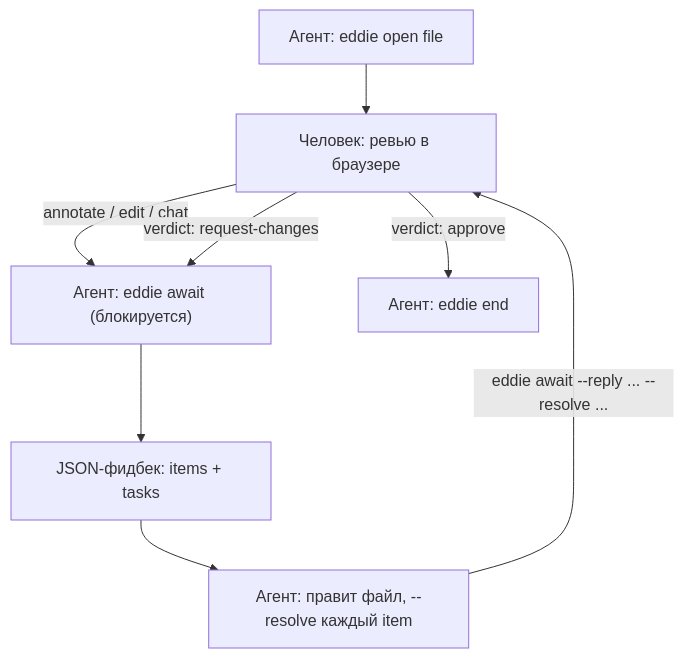
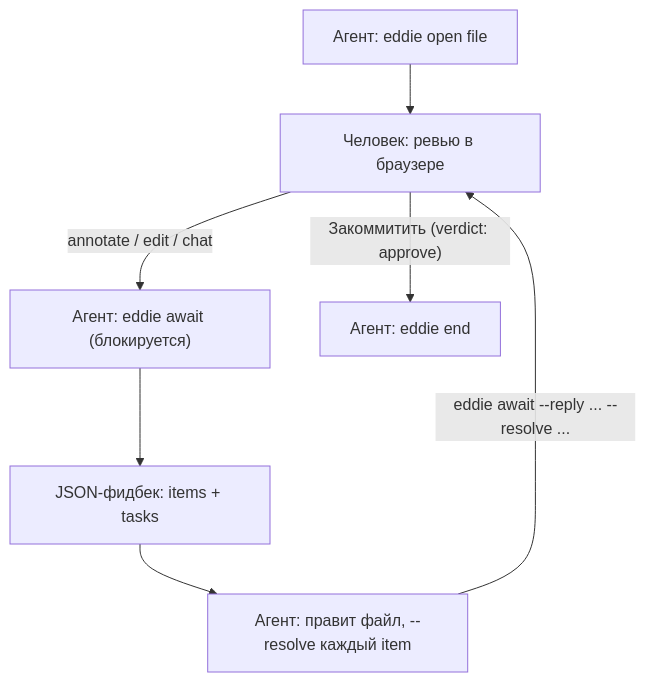
One commit to 2dryhands/eddie changed the first of 2 diagrams in README.md. Above: the diagram before and after it, drawn with Mermaid. The commit also changed other lines of this file and 4 other files, not shown here.

Commit message:
feat: two-button verdict - send + ship-it/commit, request-changes UI removed (owner decision)

````diff
--- a/README.md
+++ b/README.md
@@ -30,10 +31,9 @@
 ```mermaid
 flowchart TD
   A["Агент: eddie open file"] --> B["Человек: ревью в браузере"]
   B -->|"annotate / edit / chat"| C["Агент: eddie await (блокируется)"]
   C --> D["JSON-фидбек: items + tasks"]
   D --> E["Агент: правит файл, --resolve каждый item"]
   E -->|"eddie await --reply ... --resolve ..."| B
-  B -->|"verdict: approve"| F["Агент: eddie end"]
-  B -->|"verdict: request-changes"| C
+  B -->|"Закоммитить (verdict: approve)"| F["Агент: eddie end"]
 ```
````
